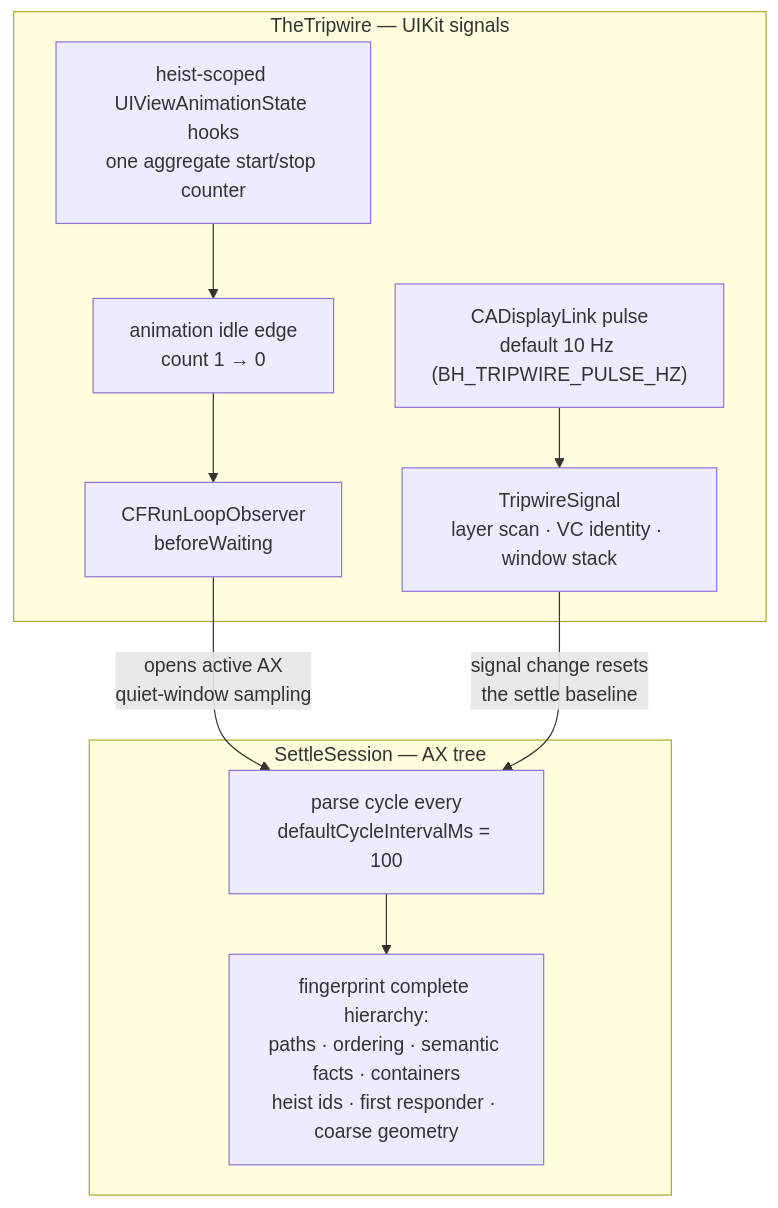
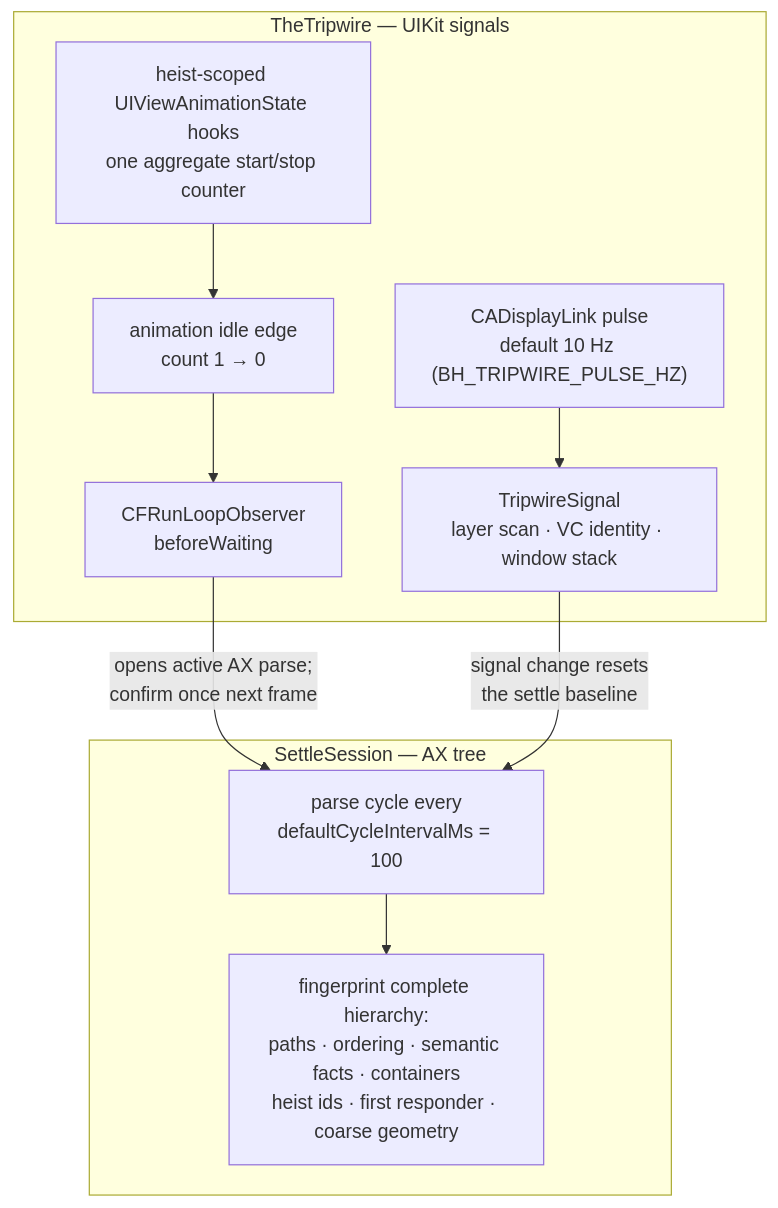
Before and after one commit to RoyalPineapple/TheButtonHeist: the second of 2 diagrams in docs/diagrams/settle-loop.md, drawn with Mermaid. The commit also changed other lines of this file and 5 other files, not shown here.

Commit message:
Replace active parser quiet window with idle confirmation

````diff
--- a/docs/diagrams/settle-loop.md
+++ b/docs/diagrams/settle-loop.md
@@ -44,19 +48,19 @@
 ```mermaid
 flowchart TD
     subgraph tripwire["TheTripwire — UIKit signals"]
         ANIMATION["heist-scoped UIViewAnimationState hooks<br/>one aggregate start/stop counter"]
         ANIMATION_IDLE["animation idle edge<br/>count 1 → 0"]
         RUN_LOOP_IDLE["CFRunLoopObserver<br/>beforeWaiting"]
         PULSE["CADisplayLink pulse<br/>default 10 Hz (BH_TRIPWIRE_PULSE_HZ)"]
         SIGNAL["TripwireSignal<br/>layer scan · VC identity · window stack"]
         ANIMATION --> ANIMATION_IDLE --> RUN_LOOP_IDLE
         PULSE --> SIGNAL
     end
     subgraph settle["SettleSession — AX tree"]
         PARSE["parse cycle every<br/>defaultCycleIntervalMs = 100"]
         FP["fingerprint complete hierarchy:<br/>paths · ordering · semantic facts · containers<br/>heist ids · first responder · coarse geometry"]
         PARSE --> FP
     end
-    RUN_LOOP_IDLE -- "opens active AX<br/>quiet-window sampling" --> PARSE
+    RUN_LOOP_IDLE -- "opens active AX parse;<br/>confirm once next frame" --> PARSE
     SIGNAL -- "signal change resets<br/>the settle baseline" --> PARSE
 ```
````
